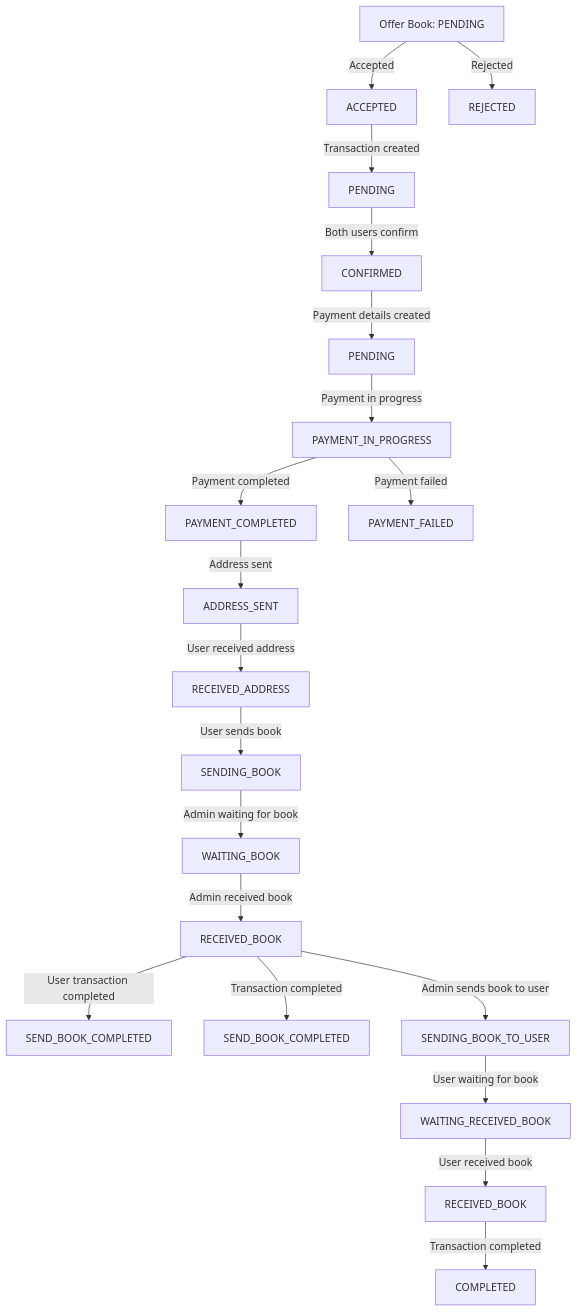
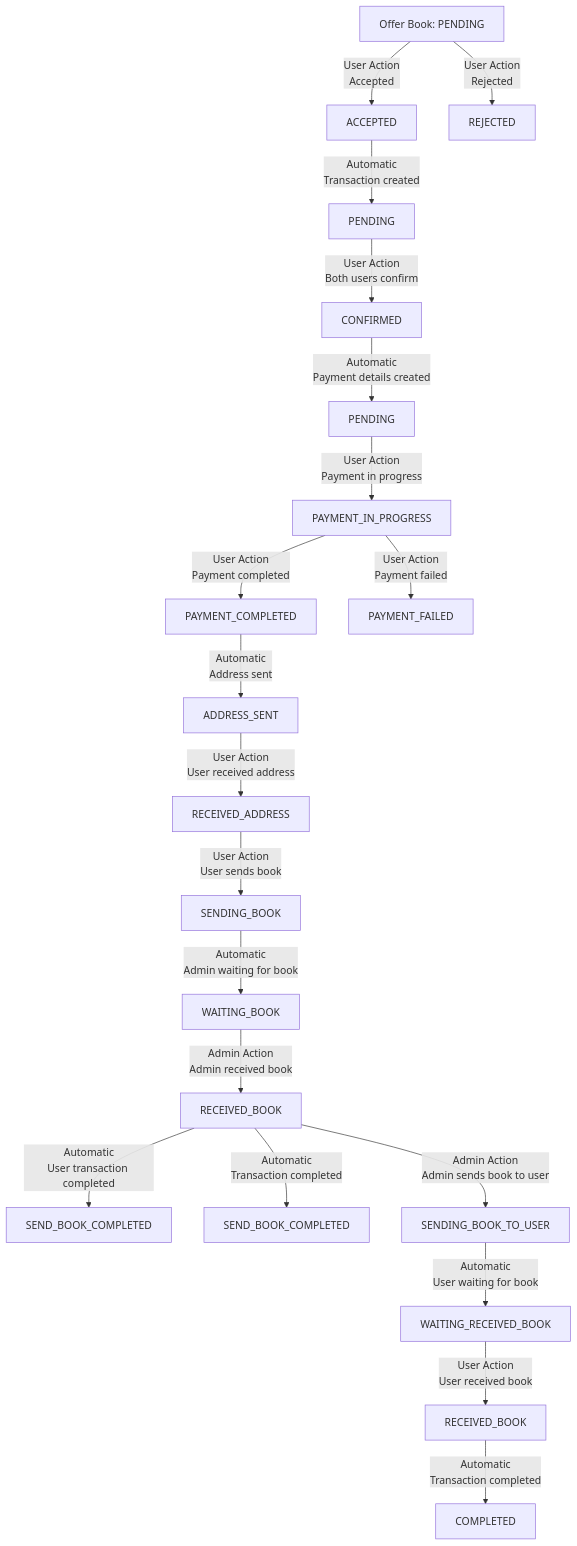
Before and after one commit to Loknong/book-exchange: the fourth of 4 diagrams in documents/Status change.md, drawn with Mermaid. The commit also changed 6 other files, not shown here.

````diff
--- a/documents/Status change.md
+++ b/documents/Status change.md
@@ -57,24 +57,24 @@
 ```mermaid
 graph TD
-    User1[Offer Book: PENDING] -->|Accepted| User2[ACCEPTED]
-    User1 -->|Rejected| User3[REJECTED]
-    User2 -->|Transaction created| Trans1[PENDING]
-    Trans1 -->|Both users confirm| Trans2[CONFIRMED]
-    Trans2 -->|Payment details created| Payment1[PENDING]
-    Payment1 -->|Payment in progress| Payment2[PAYMENT_IN_PROGRESS]
-    Payment2 -->|Payment completed| Payment3[PAYMENT_COMPLETED]
-    Payment2 -->|Payment failed| Payment4[PAYMENT_FAILED]
-    Payment3 -->|Address sent| Trans3[ADDRESS_SENT]
-    Trans3 -->|User received address| UTT3[RECEIVED_ADDRESS]
-    UTT3 -->|User sends book| UTT4[SENDING_BOOK]
-    UTT4 -->|Admin waiting for book| Admin1[WAITING_BOOK]
-    Admin1 -->|Admin received book| Admin2[RECEIVED_BOOK]
-    Admin2 -->|User transaction completed| UTT5[SEND_BOOK_COMPLETED]
-    Admin2 -->|Transaction completed| Trans4[SEND_BOOK_COMPLETED]
-    Admin2 -->|Admin sends book to user| Admin3[SENDING_BOOK_TO_USER]
-    Admin3 -->|User waiting for book| UTT6[WAITING_RECEIVED_BOOK]
-    UTT6 -->|User received book| UTT7[RECEIVED_BOOK]
-    UTT7 -->|Transaction completed| Trans5[COMPLETED]
+    User1[Offer Book: PENDING] -->|User Action<br>Accepted| User2[ACCEPTED]
+    User1 -->|User Action<br>Rejected| User3[REJECTED]
+    User2 -->|Automatic<br>Transaction created| Trans1[PENDING]
+    Trans1 -->|User Action<br>Both users confirm| Trans2[CONFIRMED]
+    Trans2 -->|Automatic<br>Payment details created| Payment1[PENDING]
+    Payment1 -->|User Action<br>Payment in progress| Payment2[PAYMENT_IN_PROGRESS]
+    Payment2 -->|User Action<br>Payment completed| Payment3[PAYMENT_COMPLETED]
+    Payment2 -->|User Action<br>Payment failed| Payment4[PAYMENT_FAILED]
+    Payment3 -->|Automatic<br>Address sent| Trans3[ADDRESS_SENT]
+    Trans3 -->|User Action<br>User received address| UTT3[RECEIVED_ADDRESS]
+    UTT3 -->|User Action<br>User sends book| UTT4[SENDING_BOOK]
+    UTT4 -->|Automatic<br>Admin waiting for book| Admin1[WAITING_BOOK]
+    Admin1 -->|Admin Action<br>Admin received book| Admin2[RECEIVED_BOOK]
+    Admin2 -->|Automatic<br>User transaction completed| UTT5[SEND_BOOK_COMPLETED]
+    Admin2 -->|Automatic<br>Transaction completed| Trans4[SEND_BOOK_COMPLETED]
+    Admin2 -->|Admin Action<br>Admin sends book to user| Admin3[SENDING_BOOK_TO_USER]
+    Admin3 -->|Automatic<br>User waiting for book| UTT6[WAITING_RECEIVED_BOOK]
+    UTT6 -->|User Action<br>User received book| UTT7[RECEIVED_BOOK]
+    UTT7 -->|Automatic<br>Transaction completed| Trans5[COMPLETED]
 
 
 ```
````
